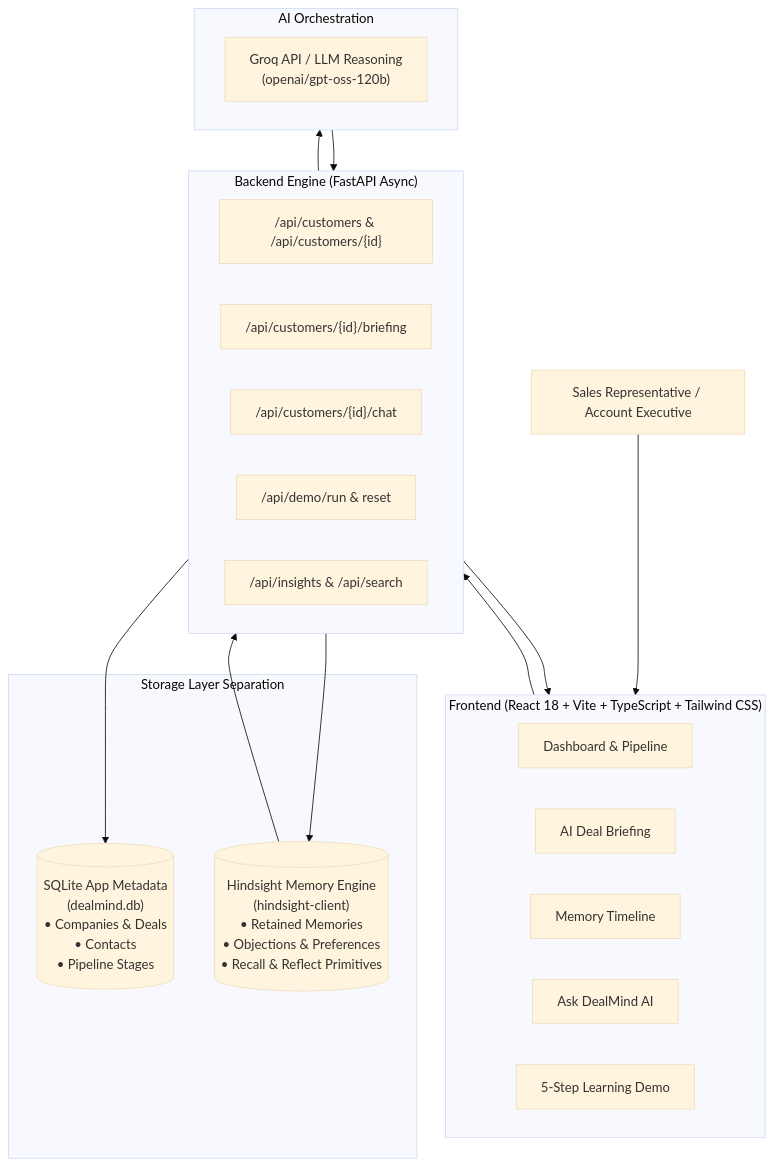
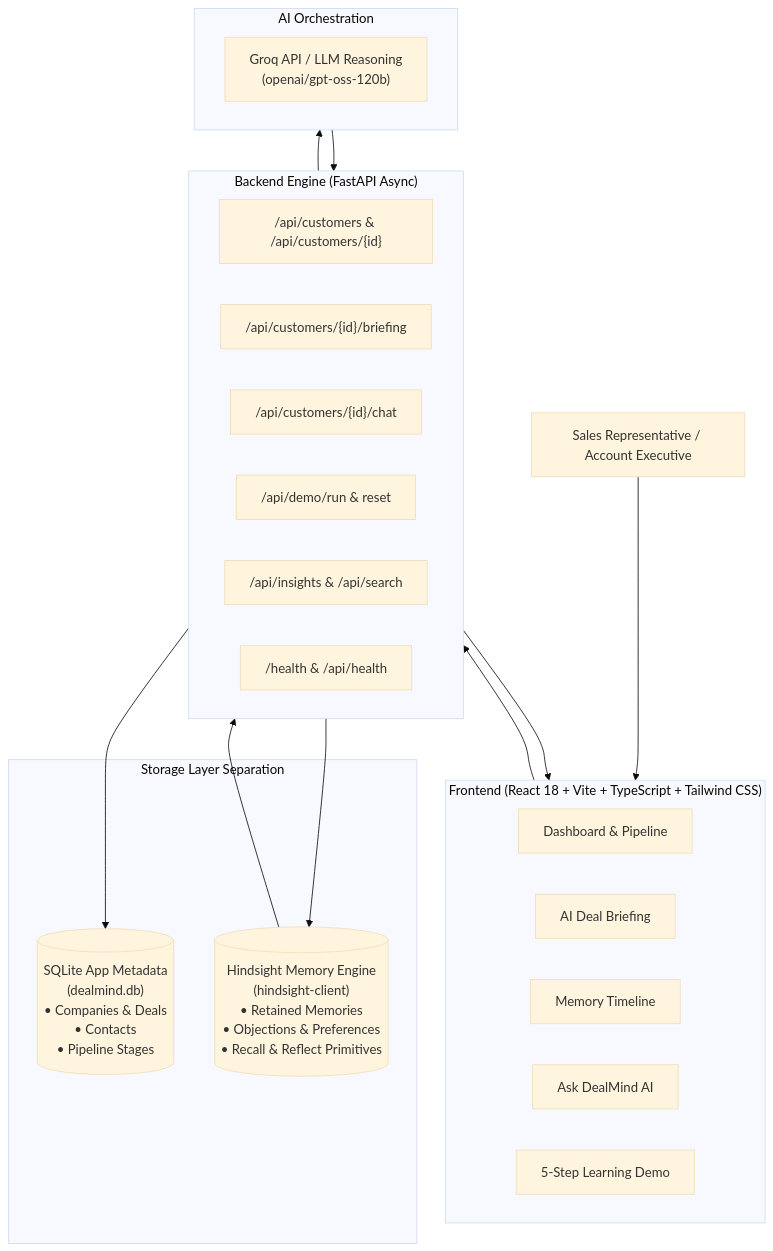
Before and after one commit to 23A91A6155/DealMindAI: the diagram in README.md, drawn with Mermaid (base theme). The commit also changed other lines of this file and 13 other files, not shown here.

````diff
--- a/README.md
+++ b/README.md
@@ -45,39 +58,40 @@
 ```mermaid
 flowchart TD
     User["Sales Representative / Account Executive"]
     
     subgraph Frontend["Frontend (React 18 + Vite + TypeScript + Tailwind CSS)"]
         UI_Dash["Dashboard & Pipeline"]
         UI_Brief["AI Deal Briefing"]
         UI_Time["Memory Timeline"]
         UI_Chat["Ask DealMind AI"]
         UI_Demo["5-Step Learning Demo"]
     end
 
     subgraph Backend["Backend Engine (FastAPI Async)"]
         API_Cust["/api/customers & /api/customers/{id}"]
         API_Brief["/api/customers/{id}/briefing"]
         API_Chat["/api/customers/{id}/chat"]
         API_Demo["/api/demo/run & reset"]
         API_Ins["/api/insights & /api/search"]
+        API_Health["/health & /api/health"]
     end
 
     subgraph Storage["Storage Layer Separation"]
         SQLite[("SQLite App Metadata\n(dealmind.db)\n• Companies & Deals\n• Contacts\n• Pipeline Stages")]
         
         Hindsight[("Hindsight Memory Engine\n(hindsight-client)\n• Retained Memories\n• Objections & Preferences\n• Recall & Reflect Primitives")]
     end
 
     subgraph AI["AI Orchestration"]
         Groq["Groq API / LLM Reasoning\n(openai/gpt-oss-120b)"]
     end
 
     User --> Frontend
     Frontend --> Backend
     Backend --> SQLite
     Backend --> Hindsight
     Backend --> AI
     Hindsight --> Backend
     AI --> Backend
     Backend --> Frontend
 ```
````
